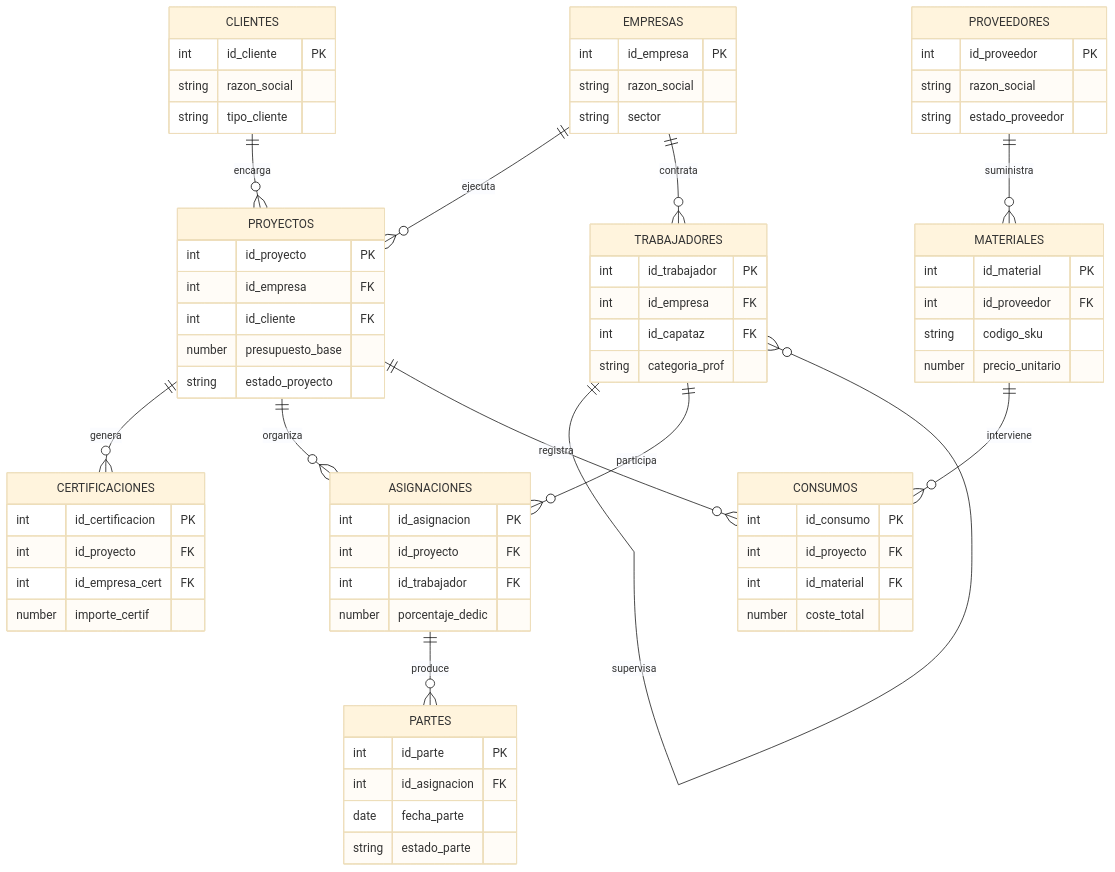
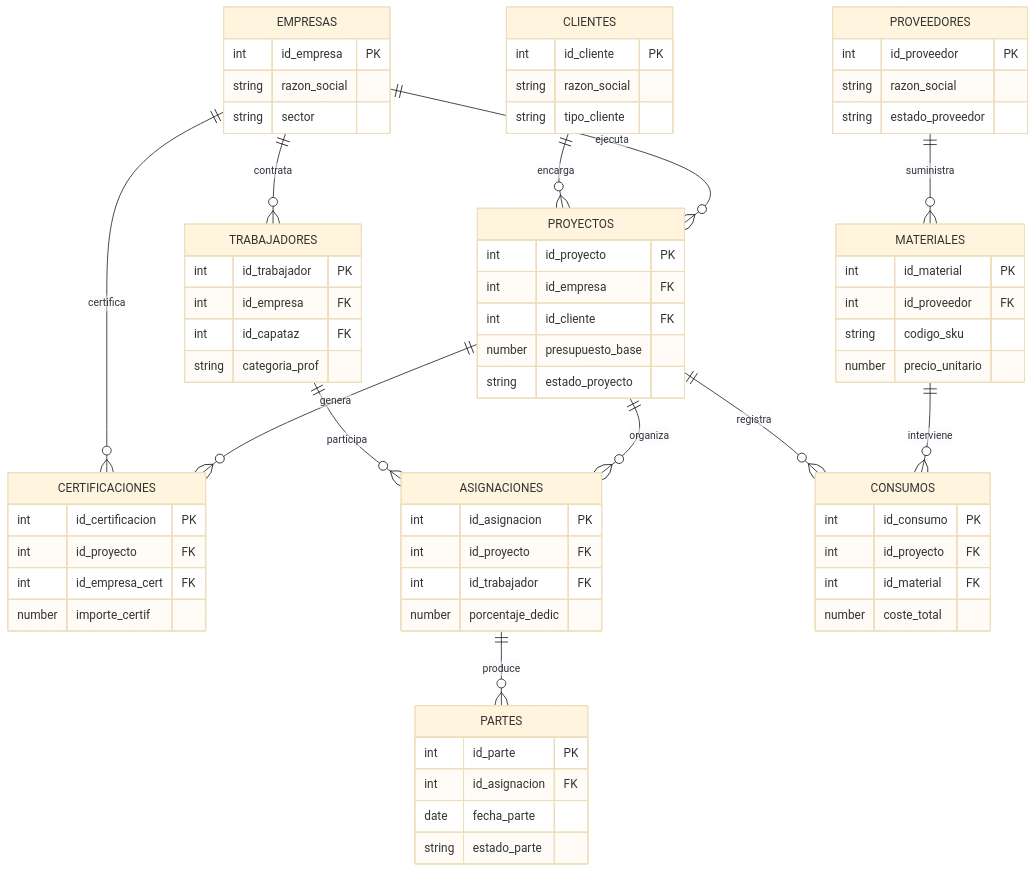
The fifth of 5 diagrams in actividades/U4-Diseño-Fisico/Relacion_Ejercicios_DDL_Avanzados.md (martalopezron92/1DAW-BBDD), drawn with Mermaid (base theme) before and after one commit. The commit also changed other lines of this file, not shown here.

Commit message:
modificacion diagramas marmaid

````diff
--- a/actividades/U4-Diseño-Fisico/Relacion_Ejercicios_DDL_Avanzados.md
+++ b/actividades/U4-Diseño-Fisico/Relacion_Ejercicios_DDL_Avanzados.md
@@ -431,73 +429,73 @@
 ```mermaid
 erDiagram
         EMPRESAS ||--o{ PROYECTOS : ejecuta
         CLIENTES ||--o{ PROYECTOS : encarga
         PROYECTOS ||--o{ CERTIFICACIONES : genera
+        EMPRESAS ||--o{ CERTIFICACIONES : certifica
         EMPRESAS ||--o{ TRABAJADORES : contrata
-        TRABAJADORES ||--o{ TRABAJADORES : supervisa
         PROYECTOS ||--o{ ASIGNACIONES : organiza
         TRABAJADORES ||--o{ ASIGNACIONES : participa
         ASIGNACIONES ||--o{ PARTES : produce
         PROVEEDORES ||--o{ MATERIALES : suministra
         MATERIALES ||--o{ CONSUMOS : interviene
         PROYECTOS ||--o{ CONSUMOS : registra
 
         EMPRESAS {
                 int id_empresa PK
                 string razon_social
                 string sector
         }
         CLIENTES {
                 int id_cliente PK
                 string razon_social
                 string tipo_cliente
         }
         PROYECTOS {
                 int id_proyecto PK
                 int id_empresa FK
                 int id_cliente FK
                 number presupuesto_base
                 string estado_proyecto
         }
         CERTIFICACIONES {
                 int id_certificacion PK
                 int id_proyecto FK
                 int id_empresa_cert FK
                 number importe_certif
         }
         TRABAJADORES {
                 int id_trabajador PK
                 int id_empresa FK
                 int id_capataz FK
                 string categoria_prof
         }
         ASIGNACIONES {
                 int id_asignacion PK
                 int id_proyecto FK
                 int id_trabajador FK
                 number porcentaje_dedic
         }
         PARTES {
                 int id_parte PK
                 int id_asignacion FK
                 date fecha_parte
                 string estado_parte
         }
         PROVEEDORES {
                 int id_proveedor PK
                 string razon_social
                 string estado_proveedor
         }
         MATERIALES {
                 int id_material PK
                 int id_proveedor FK
                 string codigo_sku
                 number precio_unitario
         }
         CONSUMOS {
                 int id_consumo PK
                 int id_proyecto FK
                 int id_material FK
                 number coste_total
         }
 ```
````
